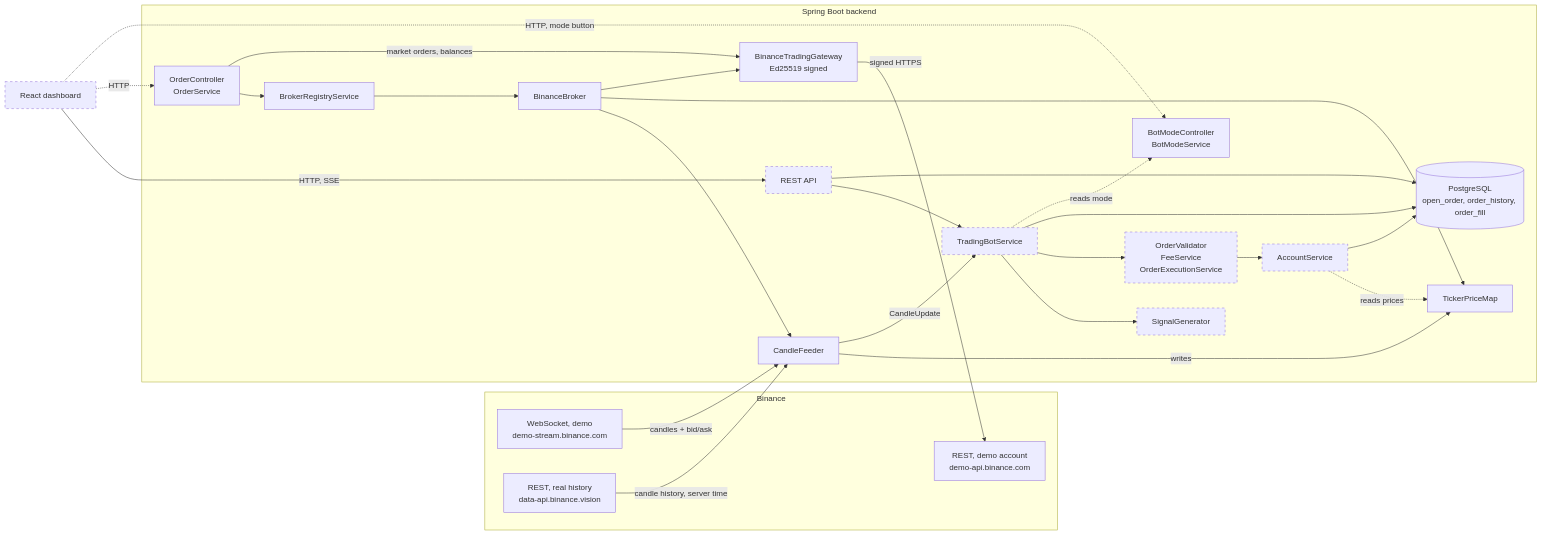
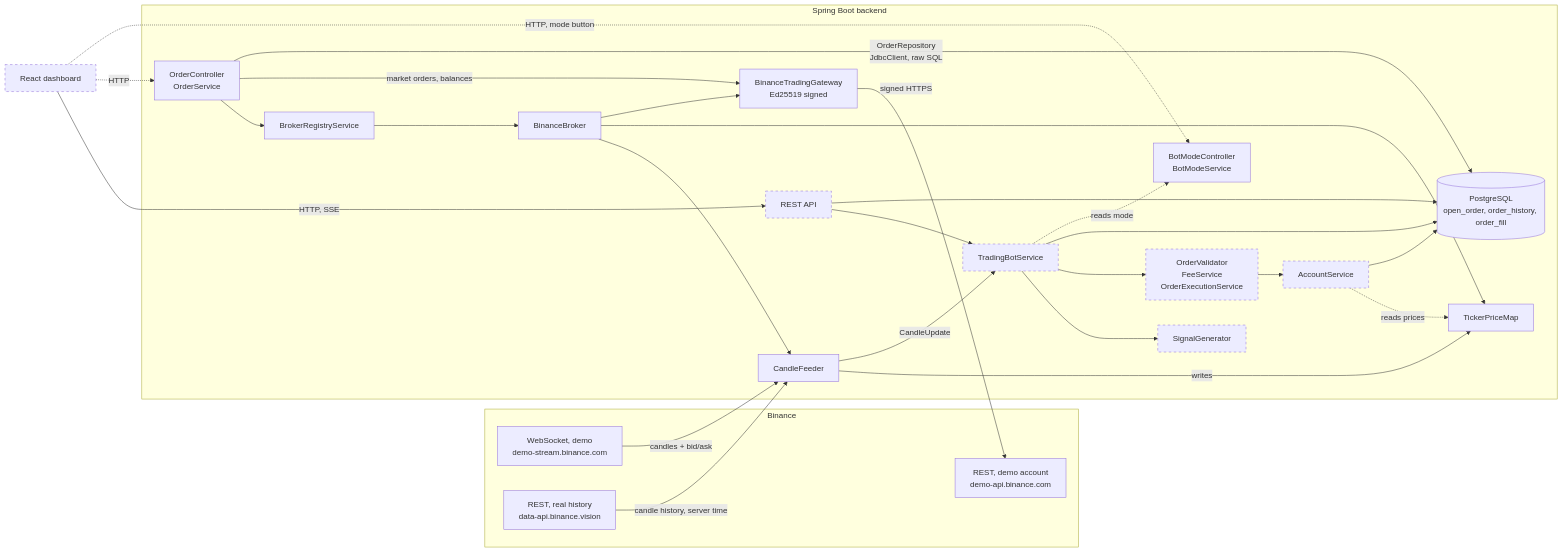
Before and after one commit to ShadowOfDiablo/t212-coding-task: the first of 20 diagrams in docs/ARCHITECTURE.md, drawn with Mermaid. The commit also changed other lines of this file and 16 other files, not shown here.

````diff
--- a/docs/ARCHITECTURE.md
+++ b/docs/ARCHITECTURE.md
@@ -32,53 +32,54 @@
 ```mermaid
 flowchart LR
     subgraph Binance["Binance"]
         WS["WebSocket, demo<br/>demo-stream.binance.com"]
         REST["REST, real history<br/>data-api.binance.vision"]
         DemoApi["REST, demo account<br/>demo-api.binance.com"]
     end
 
     subgraph Backend["Spring Boot backend"]
         OrderApi["OrderController<br/>OrderService"]
         ModeApi["BotModeController<br/>BotModeService"]
         Registry["BrokerRegistryService"]
         Broker["BinanceBroker"]
         Feeder["CandleFeeder"]
         Prices["TickerPriceMap"]
         Gateway["BinanceTradingGateway<br/>Ed25519 signed"]
         Bot["TradingBotService"]
         Signal["SignalGenerator"]
         Orders["OrderValidator<br/>FeeService<br/>OrderExecutionService"]
         Account["AccountService"]
         Db[("PostgreSQL<br/>open_order, order_history, order_fill")]
         Api["REST API"]
     end
 
     Ui["React dashboard"]
 
     WS -- "candles + bid/ask" --> Feeder
     REST -- "candle history, server time" --> Feeder
     Registry --> Broker
     Broker --> Feeder
     Broker --> Prices
     Broker --> Gateway
     OrderApi --> Registry
     OrderApi -- "market orders, balances" --> Gateway
     Gateway -- "signed HTTPS" --> DemoApi
+    OrderApi -- "OrderRepository<br/>JdbcClient, raw SQL" --> Db
     Feeder -- writes --> Prices
     Feeder -- CandleUpdate --> Bot
     Bot --> Signal
     Bot --> Orders
     Orders --> Account
     Account -. reads prices .-> Prices
     Account --> Db
     Bot --> Db
     Api --> Bot
     Api --> Db
     Ui -- "HTTP, SSE" --> Api
     Ui -. HTTP .-> OrderApi
     Ui -. "HTTP, mode button" .-> ModeApi
     Bot -. reads mode .-> ModeApi
 
     classDef planned stroke-dasharray: 5 5
     class Bot,Signal,Orders,Account,Api,Ui planned
 ```
````
